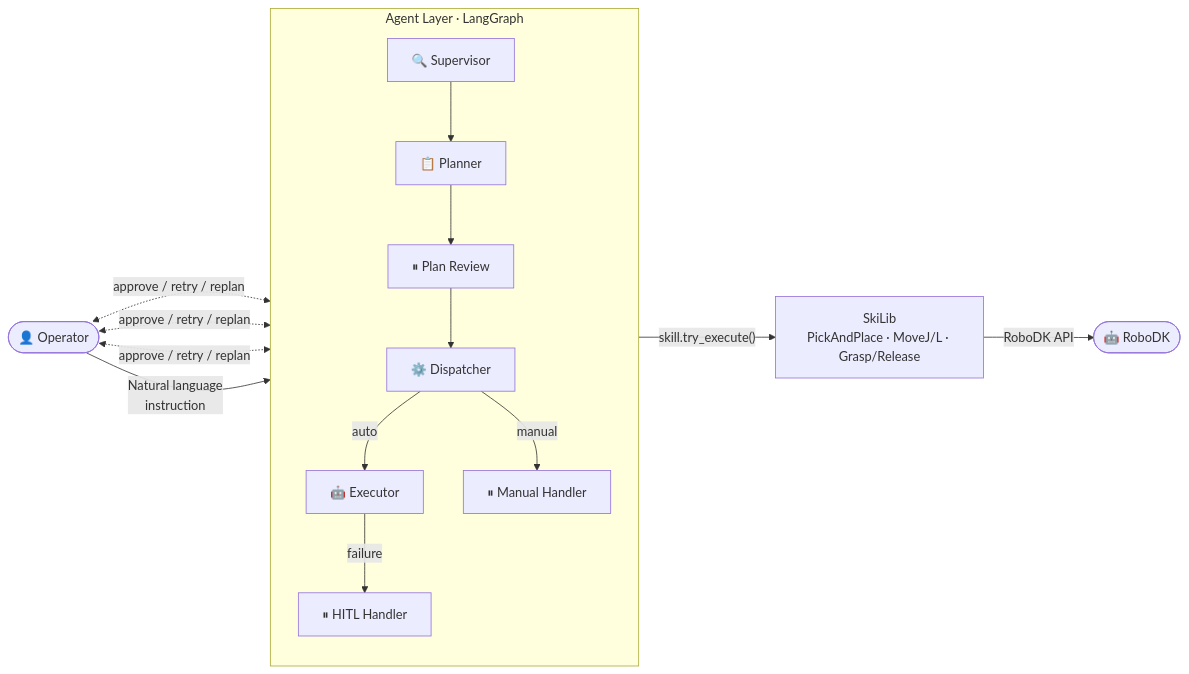
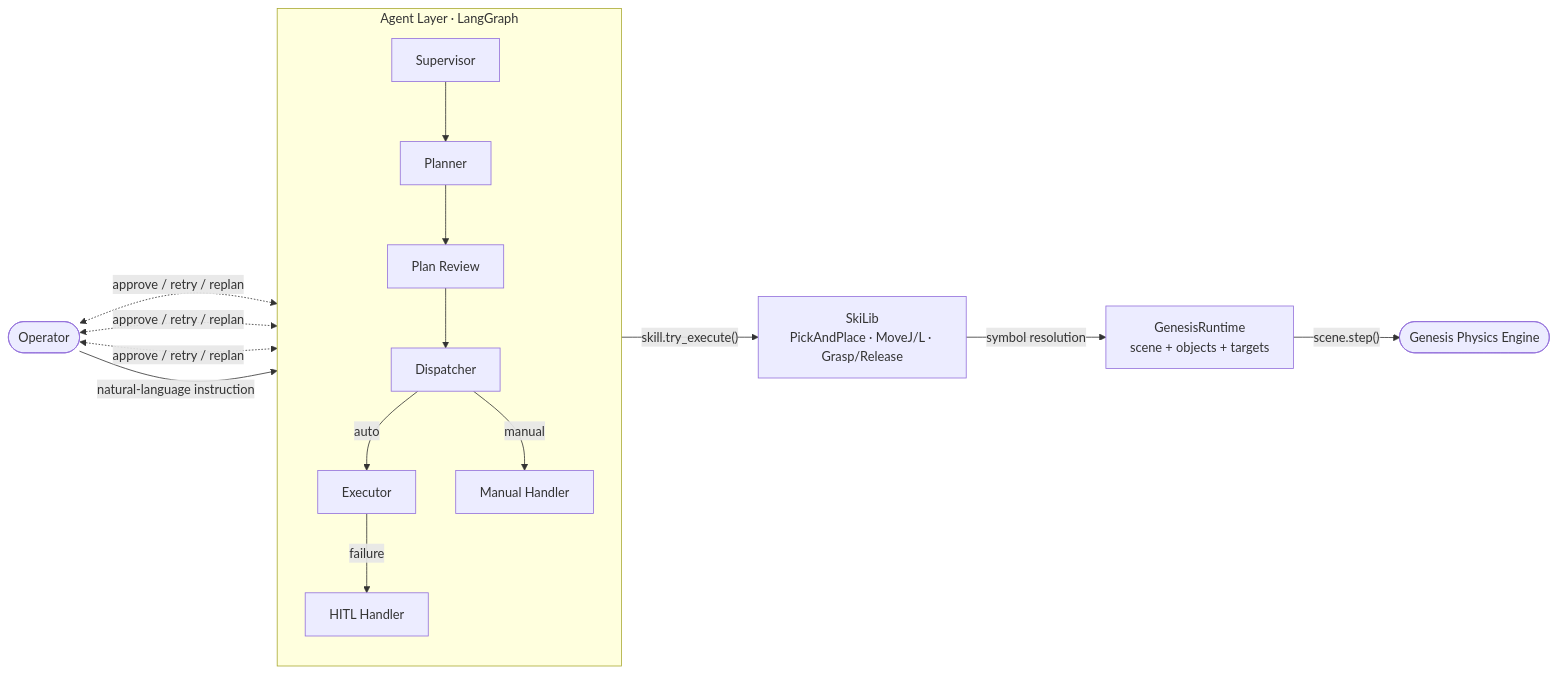
One commit to SniperPigeon/RoboSkiAgent changed the diagram in README.md. Above: the diagram before and after it, drawn with Mermaid. The commit also changed other lines of this file and 7 other files, not shown here.

````diff
--- a/README.md
+++ b/README.md
@@ -7,19 +7,20 @@
 ```mermaid
 flowchart LR
-    U(["👤 Operator"])
-    U -->|"Natural language\ninstruction"| AG
+    U(["Operator"])
+    U -->|"natural-language instruction"| AG
 
     subgraph AG["Agent Layer · LangGraph"]
         direction TB
-        S["🔍 Supervisor"] --> P["📋 Planner"]
-        P --> PR["⏸ Plan Review"]
-        PR --> D["⚙️ Dispatcher"]
-        D -->|auto| E["🤖 Executor"]
-        D -->|manual| MH["⏸ Manual Handler"]
-        E -->|failure| HH["⏸ HITL Handler"]
+        S["Supervisor"] --> P["Planner"]
+        P --> PR["Plan Review"]
+        PR --> D["Dispatcher"]
+        D -->|auto| E["Executor"]
+        D -->|manual| MH["Manual Handler"]
+        E -->|failure| HH["HITL Handler"]
     end
 
     AG -->|"skill.try_execute()"| SL["SkiLib\nPickAndPlace · MoveJ/L · Grasp/Release"]
-    SL -->|"RoboDK API"| R(["🤖 RoboDK"])
+    SL -->|"symbol resolution"| RT["GenesisRuntime\nscene + objects + targets"]
+    RT -->|"scene.step()"| GS(["Genesis Physics Engine"])
     U <-.->|"approve / retry / replan"| PR & MH & HH
 ```
````
